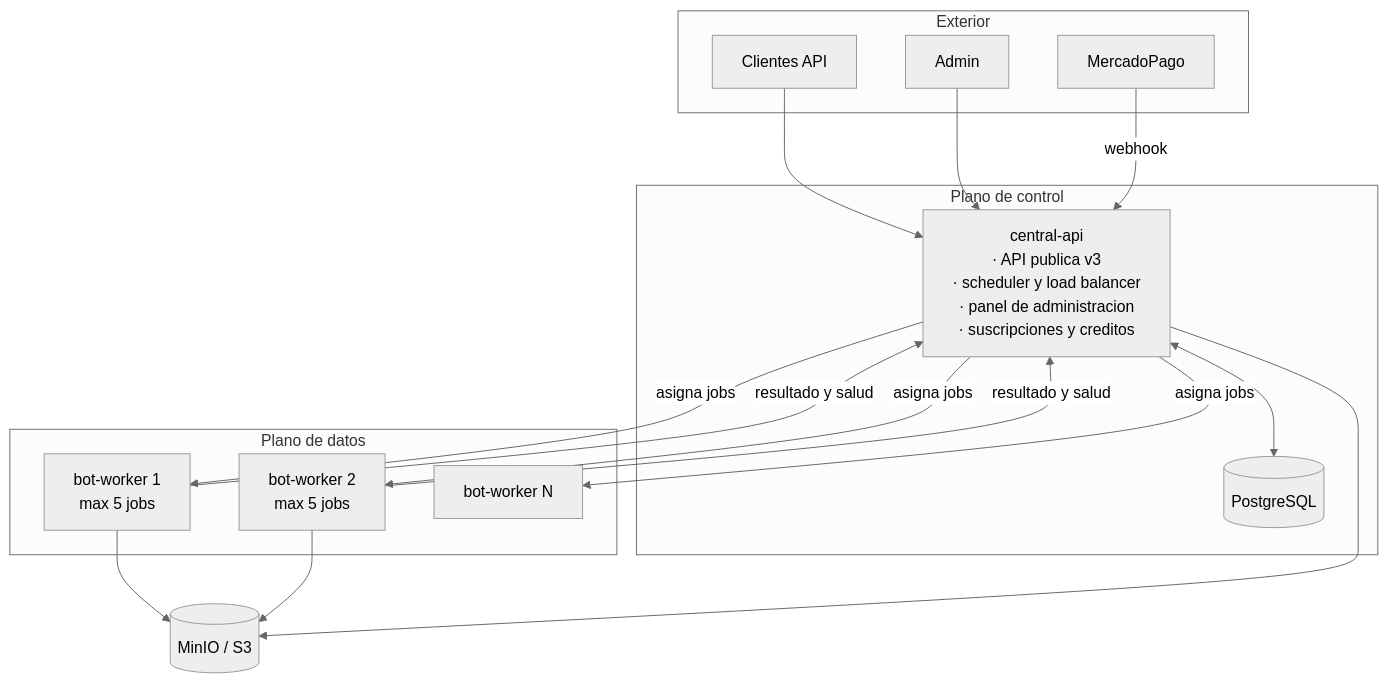
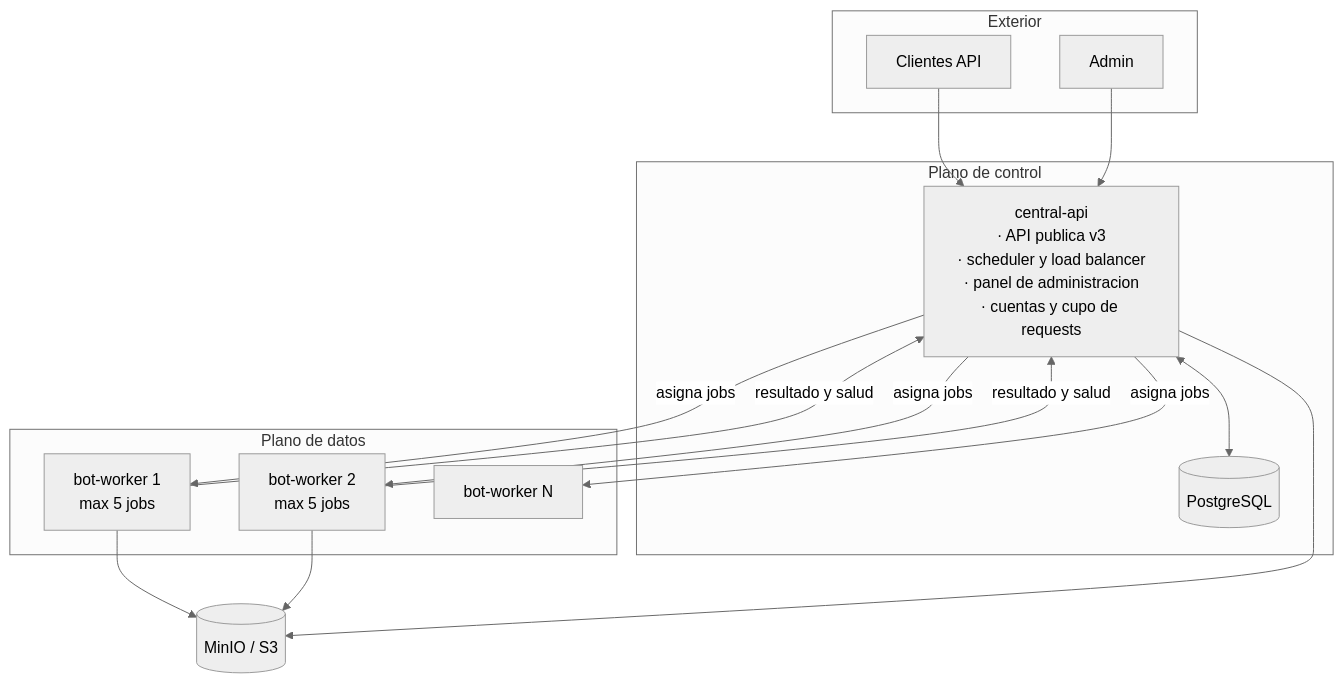
Before and after one commit to abustosp/api-bots-mrbot-v3: the first of 2 diagrams in README.md, drawn with Mermaid (neutral theme). The commit also changed other lines of this file and 18 other files, not shown here.

Commit message:
docs/infra: remove MercadoPago and legacy billing from plans, DDL checks and runbooks

````diff
--- a/README.md
+++ b/README.md
@@ -56,34 +56,32 @@
 ```mermaid
 graph TB
     subgraph ext["Exterior"]
         CLI["Clientes API"]
         ADM["Admin"]
-        MP["MercadoPago"]
     end
 
     subgraph core["Plano de control"]
-        API["central-api<br/>· API publica v3<br/>· scheduler y load balancer<br/>· panel de administracion<br/>· suscripciones y creditos"]
+        API["central-api<br/>· API publica v3<br/>· scheduler y load balancer<br/>· panel de administracion<br/>· cuentas y cupo de requests"]
         PG[("PostgreSQL")]
     end
 
     subgraph data["Plano de datos"]
         W1["bot-worker 1<br/>max 5 jobs"]
         W2["bot-worker 2<br/>max 5 jobs"]
         WN["bot-worker N"]
     end
 
     OBJ[("MinIO / S3")]
 
     CLI --> API
     ADM --> API
-    MP -->|webhook| API
     API <--> PG
     API -->|asigna jobs| W1
     API -->|asigna jobs| W2
     API -->|asigna jobs| WN
     W1 -->|resultado y salud| API
     W2 -->|resultado y salud| API
     W1 --> OBJ
     W2 --> OBJ
     API --> OBJ
 ```
````
